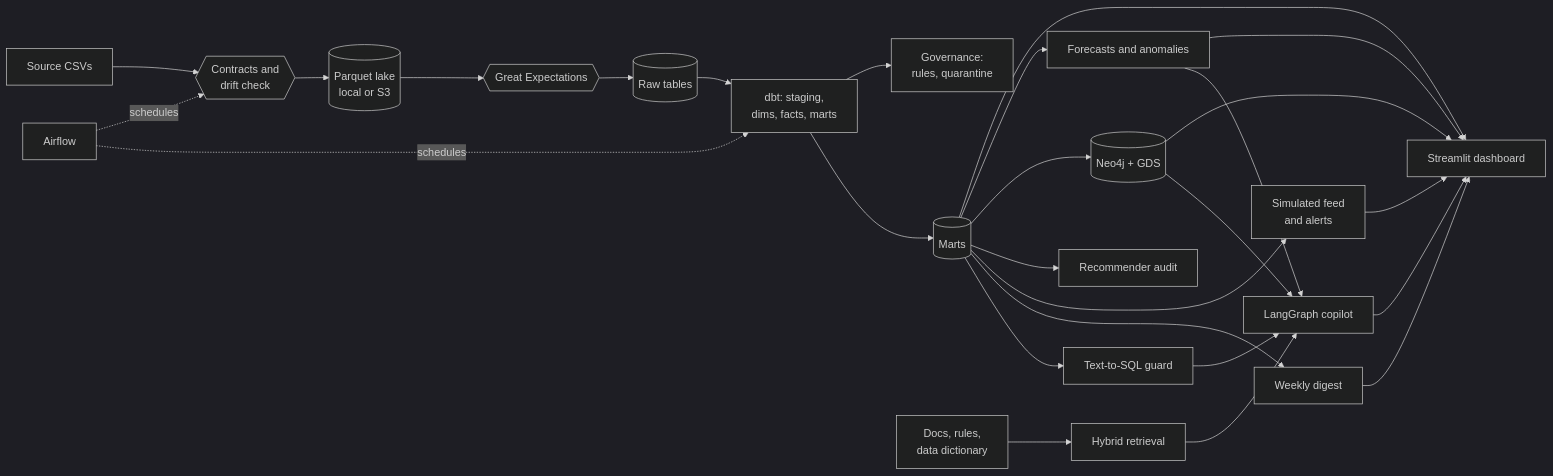
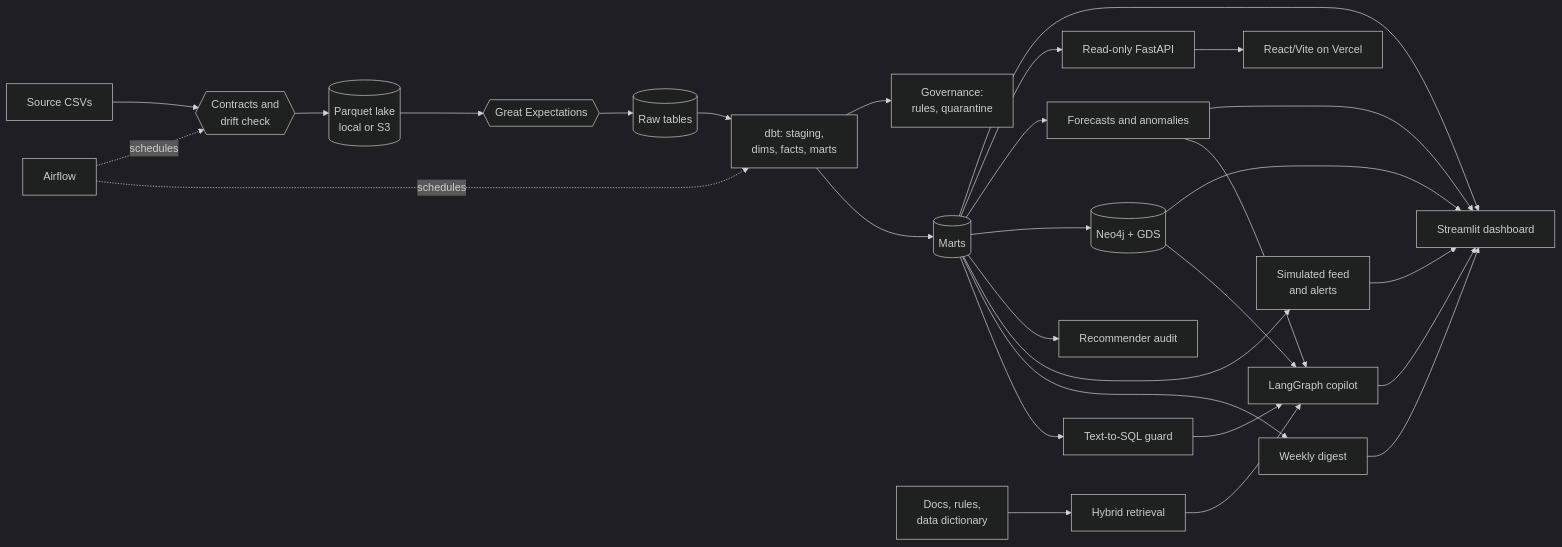
The first of 2 diagrams in docs/ARCHITECTURE.md (Dracula-5/zomato-data-analytics), drawn with Mermaid (dark theme) before and after one commit. The commit also changed other lines of this file and 26 other files, not shown here.

Commit message:
Prepare Render API and Vercel frontend

````diff
--- a/docs/ARCHITECTURE.md
+++ b/docs/ARCHITECTURE.md
@@ -8,32 +8,34 @@
 ```mermaid
 flowchart LR
     CSV[Source CSVs] --> GATE{{Contracts and<br/>drift check}}
     GATE --> LAKE[(Parquet lake<br/>local or S3)]
     LAKE --> GX{{Great Expectations}}
     GX --> RAW[(Raw tables)]
     RAW --> DBT[dbt: staging,<br/>dims, facts, marts]
     DBT --> GOV[Governance:<br/>rules, quarantine]
     DBT --> MARTS[(Marts)]
 
     MARTS --> DASH[Streamlit dashboard]
+    MARTS --> API[Read-only FastAPI]
+    API --> WEB[React/Vite on Vercel]
     MARTS --> FC[Forecasts and anomalies]
     MARTS --> KG[(Neo4j + GDS)]
     MARTS --> REC[Recommender audit]
     FC --> DASH
     KG --> DASH
     MARTS --> SIM[Simulated feed<br/>and alerts]
     MARTS --> DIG[Weekly digest]
     SIM --> DASH
     DIG --> DASH
 
     DOCS[Docs, rules,<br/>data dictionary] --> RAG[Hybrid retrieval]
     MARTS --> SQL[Text-to-SQL guard]
     RAG --> COP[LangGraph copilot]
     SQL --> COP
     FC --> COP
     KG --> COP
     COP --> DASH
 
     AF[Airflow] -.schedules.-> GATE
     AF -.schedules.-> DBT
 ```
````
